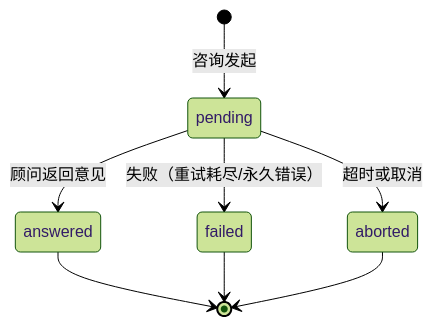
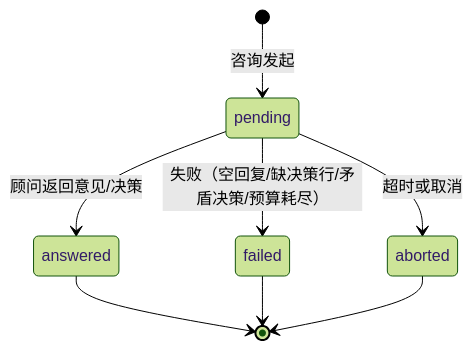
The sixth of 9 diagrams in SOLUTION.md (ccll/dsh-advisor-flow), drawn with Mermaid (forest theme) before and after one commit. The commit also changed other lines of this file and 6 other files, not shown here.

````diff
--- a/SOLUTION.md
+++ b/SOLUTION.md
@@ -226,10 +212,10 @@
 ```mermaid
 stateDiagram-v2
     [*] --> pending: 咨询发起
-    pending --> answered: 顾问返回意见
-    pending --> failed: 失败（重试耗尽/永久错误）
+    pending --> answered: 顾问返回意见/决策
+    pending --> failed: 失败（空回复/缺决策行/矛盾决策/预算耗尽）
     pending --> aborted: 超时或取消
     answered --> [*]
     failed --> [*]
     aborted --> [*]
 ```
````
